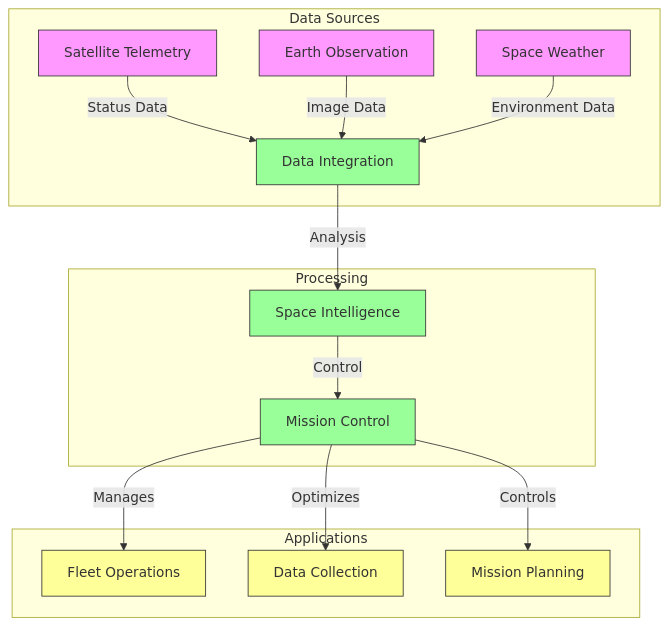
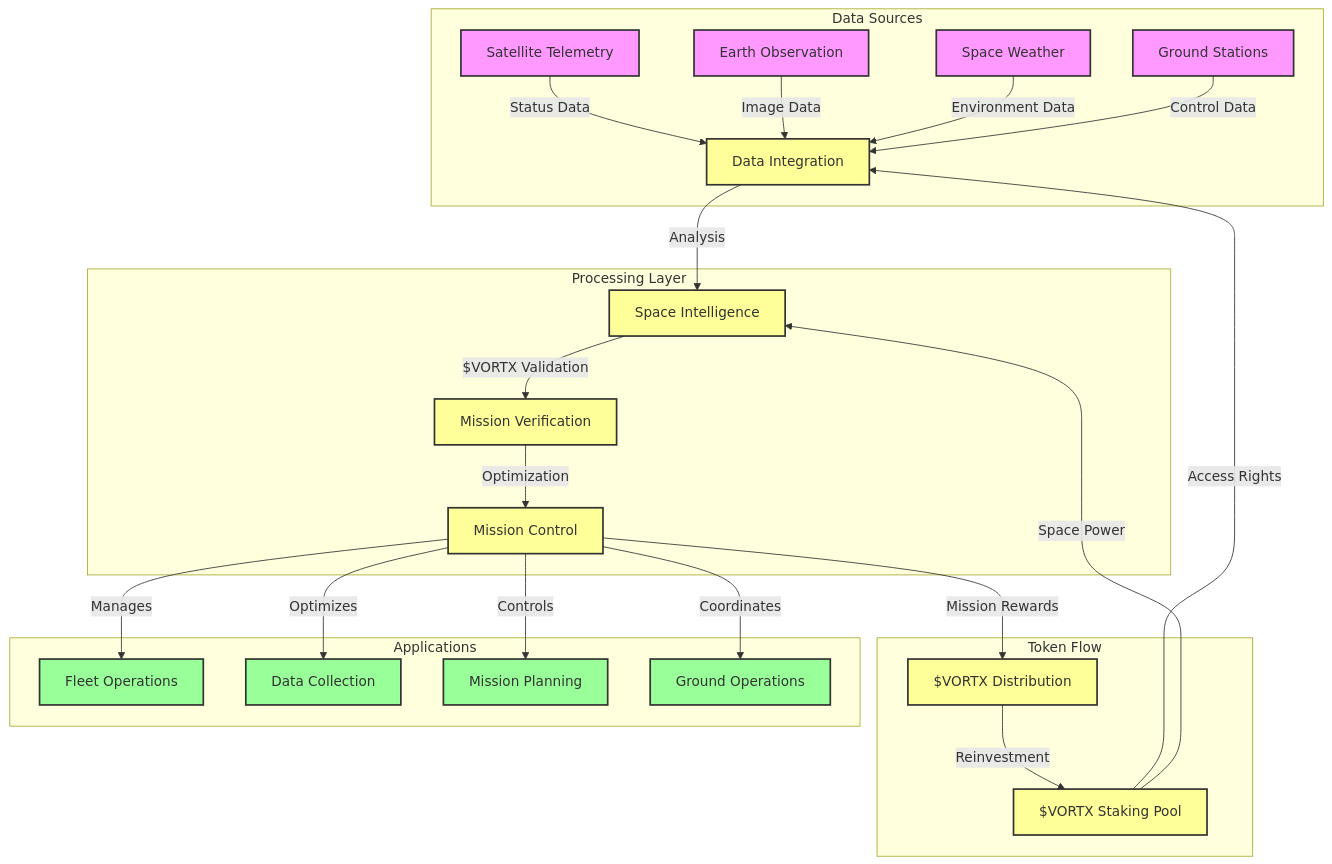
The fifth of 5 diagrams in docs/whitepapers/industry-scenarios.md (Vortx-AI/synthetic-satellite), drawn with Mermaid before and after one commit. The commit also changed other lines of this file and 2 other files, not shown here.

````diff
--- a/docs/whitepapers/industry-scenarios.md
+++ b/docs/whitepapers/industry-scenarios.md
@@ -245,27 +293,39 @@
 ```mermaid
 graph TD
     subgraph Data Sources
-        D1[Satellite Telemetry] -->|Status Data| P1
+        D1[Satellite Telemetry] -->|Status Data| P1[Data Integration]
         D2[Earth Observation] -->|Image Data| P1
         D3[Space Weather] -->|Environment Data| P1
+        D4[Ground Stations] -->|Control Data| P1
     end
     
-    subgraph Processing
-        P1[Data Integration] -->|Analysis| P2[Space Intelligence]
-        P2 -->|Control| P3[Mission Control]
+    subgraph Processing Layer
+        P1 -->|Analysis| P2[Space Intelligence]
+        P2 -->|$VORTX Validation| P3[Mission Verification]
+        P3 -->|Optimization| P4[Mission Control]
+    end
+    
+    subgraph Token Flow
+        T1[$VORTX Staking Pool] -->|Access Rights| P1
+        T1 -->|Space Power| P2
+        P4 -->|Mission Rewards| T2[$VORTX Distribution]
+        T2 -->|Reinvestment| T1
     end
     
     subgraph Applications
-        P3 -->|Manages| A1[Fleet Operations]
-        P3 -->|Optimizes| A2[Data Collection]
-        P3 -->|Controls| A3[Mission Planning]
+        P4 -->|Manages| A1[Fleet Operations]
+        P4 -->|Optimizes| A2[Data Collection]
+        P4 -->|Controls| A3[Mission Planning]
+        P4 -->|Coordinates| A4[Ground Operations]
     end
     
-    classDef source fill:#f9f,stroke:#333
-    classDef process fill:#9f9,stroke:#333
-    classDef app fill:#ff9,stroke:#333
+    classDef source fill:#f9f,stroke:#333,stroke-width:2px
+    classDef process fill:#ff9,stroke:#333,stroke-width:2px
+    classDef token fill:#ff9,stroke:#333,stroke-width:2px
+    classDef app fill:#9f9,stroke:#333,stroke-width:2px
     
-    class D1,D2,D3 source
-    class P1,P2,P3 process
-    class A1,A2,A3 app
+    class D1,D2,D3,D4 source
+    class P1,P2,P3,P4 process
+    class T1,T2 token
+    class A1,A2,A3,A4 app
 ```
````
